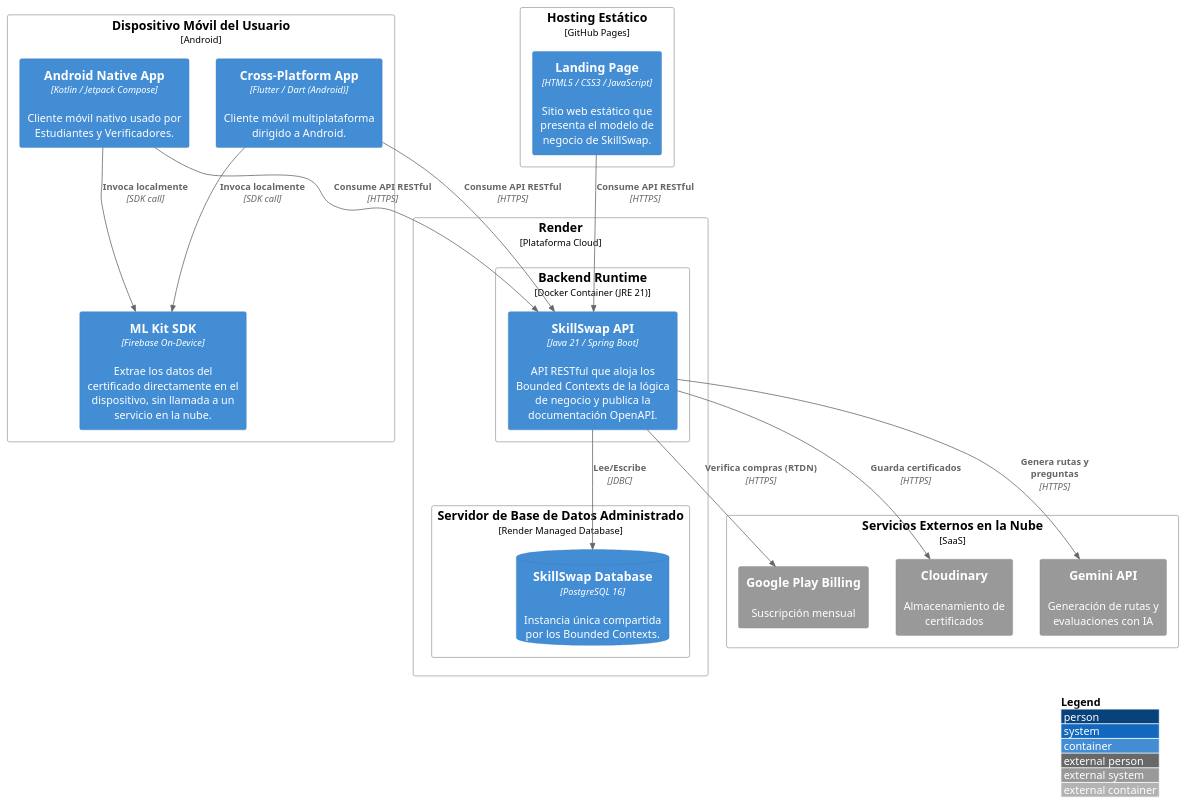
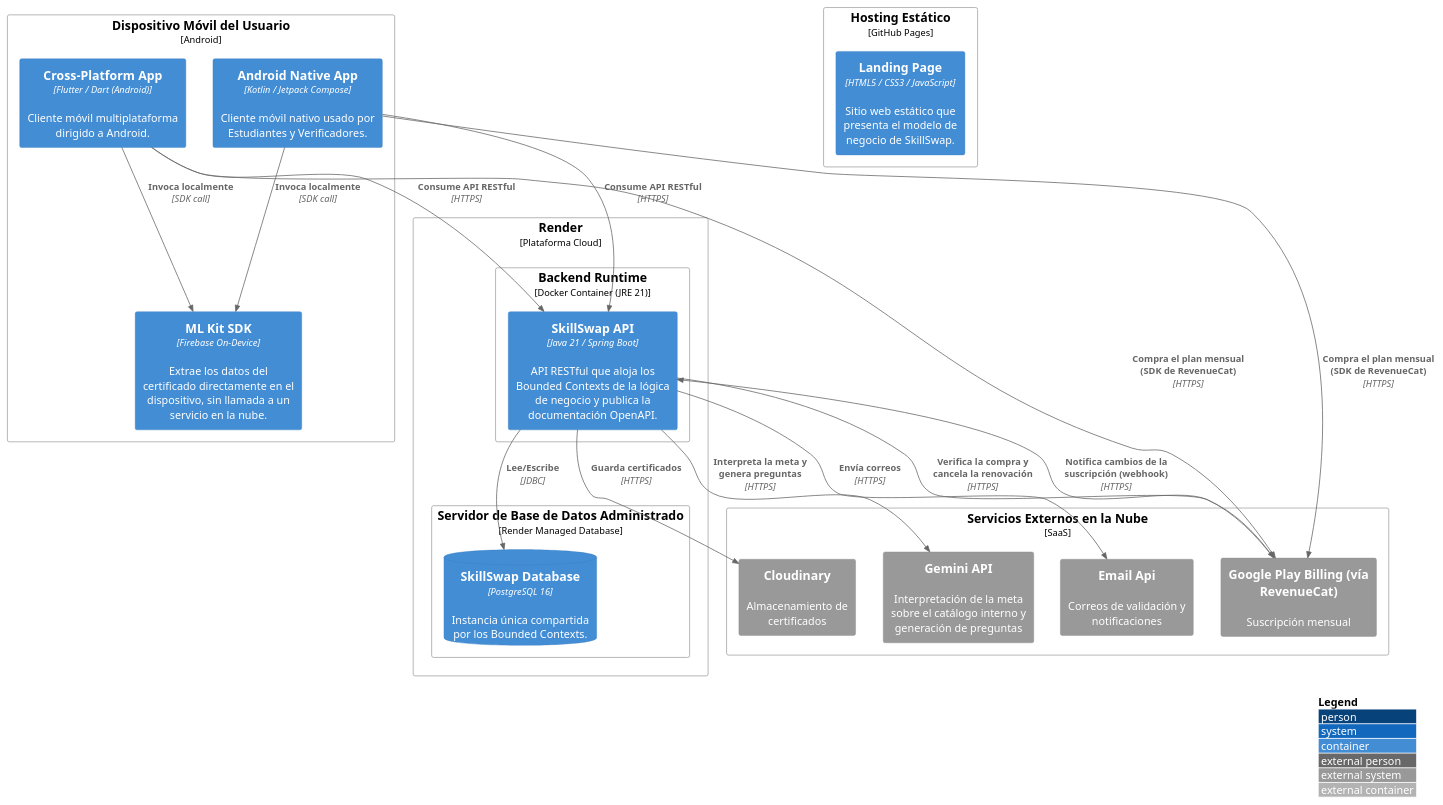
The diagram in DB&C4/Deployment Diagram.puml (Aplicaciones-Dispositivos-Moviles/SkillSwap-ProjectReport), drawn with PlantUML before and after one commit. The commit also changed 32 other files, not shown here.

First line of the commit message:
docs(images): regenerate C4, context map and class diagrams from updated PlantUML sources

```diff
--- a/DB&C4/Deployment Diagram.puml
+++ b/DB&C4/Deployment Diagram.puml
@@ -1,44 +1,48 @@
 @startuml SkillSwapDeployment
 !include https://raw.githubusercontent.com/plantuml-stdlib/C4-PlantUML/master/C4_Deployment.puml
 
 LAYOUT_WITH_LEGEND()
 
 Deployment_Node(userDevice, "Dispositivo Móvil del Usuario", "Android"){
     Container(androidApp, "Android Native App", "Kotlin / Jetpack Compose", "Cliente móvil nativo usado por Estudiantes y Verificadores.")
     Container(flutterApp, "Cross-Platform App", "Flutter / Dart (Android)", "Cliente móvil multiplataforma dirigido a Android.")
     Container(mlKitSdk, "ML Kit SDK", "Firebase On-Device", "Extrae los datos del certificado directamente en el dispositivo, sin llamada a un servicio en la nube.")
 }
 
 Deployment_Node(staticHosting, "Hosting Estático", "GitHub Pages"){
     Container(landingPage, "Landing Page", "HTML5 / CSS3 / JavaScript", "Sitio web estático que presenta el modelo de negocio de SkillSwap.")
 }
 
 Deployment_Node(cloudPlatform, "Render", "Plataforma Cloud"){
     Deployment_Node(backendRuntime, "Backend Runtime", "Docker Container (JRE 21)"){
         Container(api, "SkillSwap API", "Java 21 / Spring Boot", "API RESTful que aloja los Bounded Contexts de la lógica de negocio y publica la documentación OpenAPI.")
     }
     Deployment_Node(dbServer, "Servidor de Base de Datos Administrado", "Render Managed Database"){
         ContainerDb(mainDB, "SkillSwap Database", "PostgreSQL 16", "Instancia única compartida por los Bounded Contexts.")
     }
 }
 
 Deployment_Node(externalCloud, "Servicios Externos en la Nube", "SaaS"){
     System_Ext(cloudStorage, "Cloudinary", "Almacenamiento de certificados")
-    System_Ext(geminiApi, "Gemini API", "Generación de rutas y evaluaciones con IA")
-    System_Ext(playBilling, "Google Play Billing", "Suscripción mensual")
+    System_Ext(emailService, "Email Api", "Correos de validación y notificaciones")
+    System_Ext(geminiApi, "Gemini API", "Interpretación de la meta sobre el catálogo interno y generación de preguntas")
+    System_Ext(playBilling, "Google Play Billing (vía RevenueCat)", "Suscripción mensual")
 }
 
 Rel(androidApp, mlKitSdk, "Invoca localmente", "SDK call")
 Rel(flutterApp, mlKitSdk, "Invoca localmente", "SDK call")
 
 Rel(androidApp, api, "Consume API RESTful", "HTTPS")
 Rel(flutterApp, api, "Consume API RESTful", "HTTPS")
-Rel(landingPage, api, "Consume API RESTful", "HTTPS")
 
 Rel(api, mainDB, "Lee/Escribe", "JDBC")
 
 Rel(api, cloudStorage, "Guarda certificados", "HTTPS")
-Rel(api, geminiApi, "Genera rutas y preguntas", "HTTPS")
-Rel(api, playBilling, "Verifica compras (RTDN)", "HTTPS")
+Rel(api, emailService, "Envía correos", "HTTPS")
+Rel(api, geminiApi, "Interpreta la meta y genera preguntas", "HTTPS")
+Rel(api, playBilling, "Verifica la compra y cancela la renovación", "HTTPS")
+Rel(playBilling, api, "Notifica cambios de la suscripción (webhook)", "HTTPS")
+Rel(androidApp, playBilling, "Compra el plan mensual (SDK de RevenueCat)", "HTTPS")
+Rel(flutterApp, playBilling, "Compra el plan mensual (SDK de RevenueCat)", "HTTPS")
 
 @enduml
```
